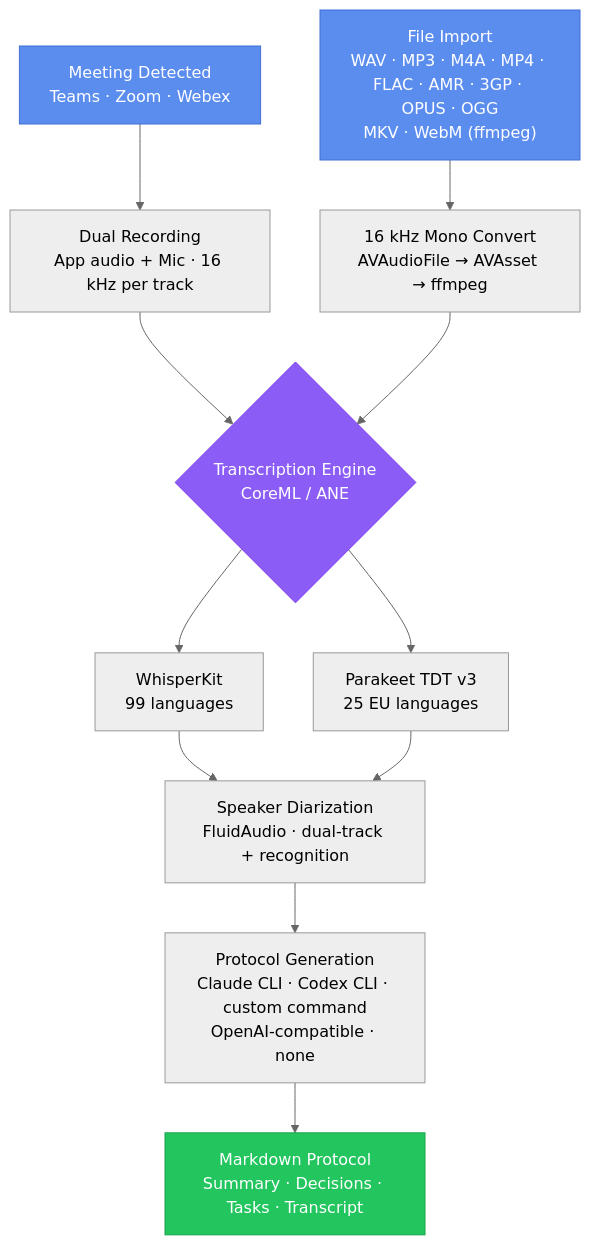
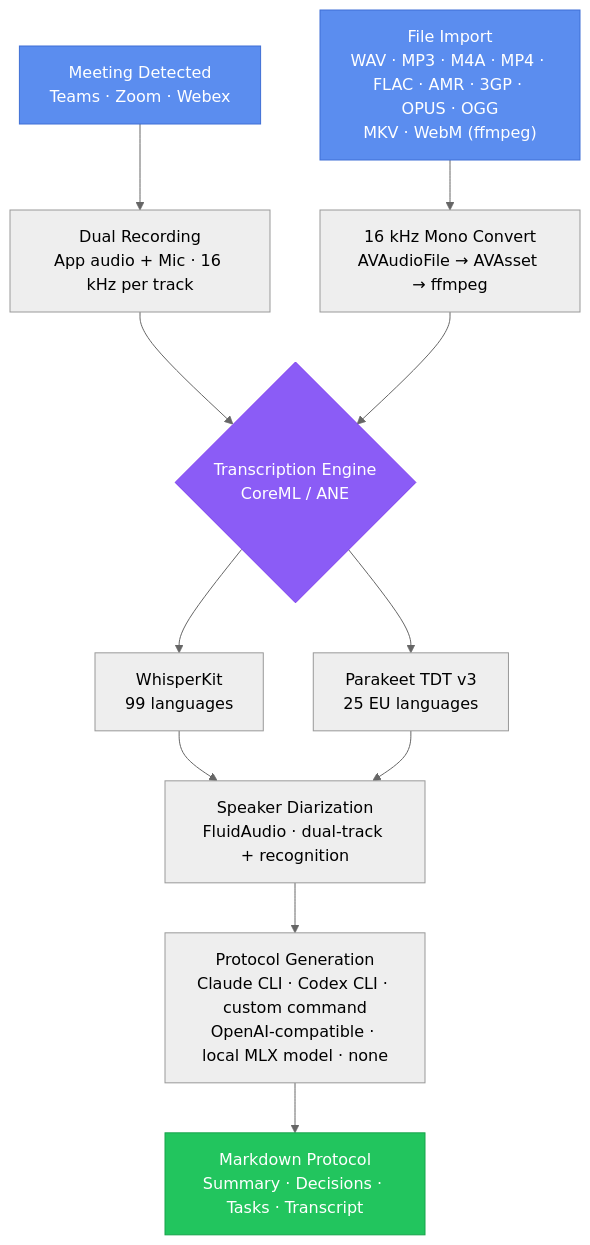
The diagram in README.md (wapp-its/meeting-transcriber), drawn with Mermaid (neutral theme) before and after one commit. The commit also changed other lines of this file and 1 other file, not shown here.

First line of the commit message:
docs(docs): describe the local model provider and its helper

````diff
--- a/README.md
+++ b/README.md
@@ -48,31 +48,31 @@
 ```mermaid
 flowchart TD
     A["Meeting Detected<br/>Teams · Zoom · Webex"]
     A2["File Import<br/>WAV · MP3 · M4A · MP4 · FLAC · AMR · 3GP · OPUS · OGG<br/>MKV · WebM (ffmpeg)"]
     B["Dual Recording<br/>App audio + Mic · 16 kHz per track"]
     C["16 kHz Mono Convert<br/>AVAudioFile → AVAsset → ffmpeg"]
     D{"Transcription Engine<br/>CoreML / ANE"}
     D1["WhisperKit<br/>99 languages"]
     D2["Parakeet TDT v3<br/>25 EU languages"]
     E["Speaker Diarization<br/>FluidAudio · dual-track + recognition"]
-    F["Protocol Generation<br/>Claude CLI · Codex CLI · custom command<br/>OpenAI-compatible · none"]
+    F["Protocol Generation<br/>Claude CLI · Codex CLI · custom command<br/>OpenAI-compatible · local MLX model · none"]
     G["Markdown Protocol<br/>Summary · Decisions · Tasks · Transcript"]
 
     A --> B
     A2 --> C
     B --> D
     C --> D
     D --> D1
     D --> D2
     D1 --> E
     D2 --> E
     E --> F
     F --> G
 
     classDef input fill:#5B8DEF,stroke:#3F6FD5,color:#fff
     classDef engine fill:#8B5CF6,stroke:#7C3AED,color:#fff
     classDef output fill:#22C55E,stroke:#16A34A,color:#fff
     class A,A2 input
     class D engine
     class G output
 ```
````
